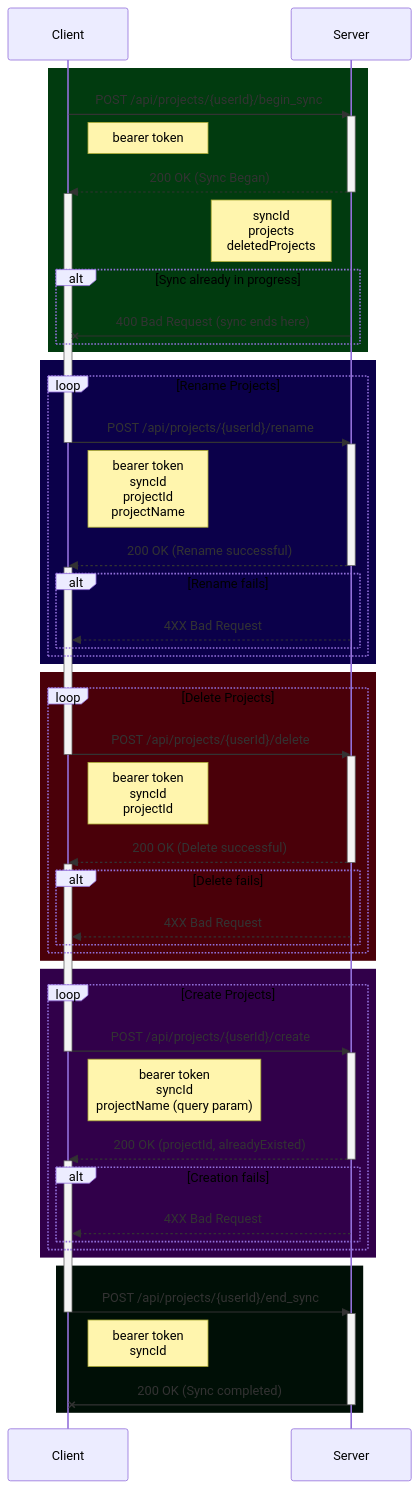
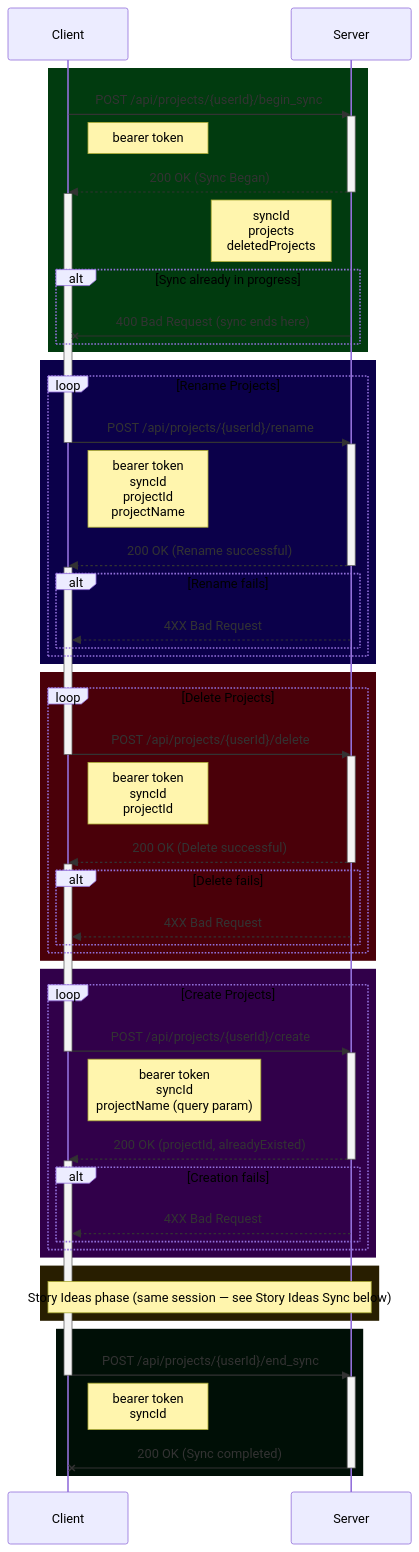
One commit to Darkrock-Studios/hammer-editor changed the first of 10 diagrams in docs/SYNCING-PROTOCOL.md. Above: the diagram before and after it, drawn with Mermaid. The commit also changed other lines of this file and 13 other files, not shown here.

First line of the commit message:
Skip the ideas sync phase via an ideasStateHash on begin_sync

````diff
--- a/docs/SYNCING-PROTOCOL.md
+++ b/docs/SYNCING-PROTOCOL.md
@@ -38,72 +39,76 @@
 ```mermaid
 sequenceDiagram
 	participant Client as Client
 	participant Server as Server
 
 	rect rgb(1, 59, 15)
 		Client ->> Server: POST /api/projects/{userId}/begin_sync
 		activate Server
 		Note right of Client: bearer token
 		Server -->> Client: 200 OK (Sync Began)
 		deactivate Server
 		activate Client
 		Note left of Server: syncId<br/>projects<br/>deletedProjects
 		alt Sync already in progress
 			Server -x Client: 400 Bad Request (sync ends here)
 		end
 	end
 	rect rgb(11, 0, 74)
 		loop Rename Projects
 			Client ->> Server: POST /api/projects/{userId}/rename
 			deactivate Client
 			activate Server
 			Note right of Client: bearer token <br/> syncId <br/> projectId <br/> projectName
 			Server -->> Client: 200 OK (Rename successful)
 			deactivate Server
 			activate Client
 			alt Rename fails
 				Server -->> Client: 4XX Bad Request
 			end
 		end
 	end
 
 	rect rgb(74, 0, 9)
 		loop Delete Projects
 			Client ->> Server: POST /api/projects/{userId}/delete
 			deactivate Client
 			activate Server
 			Note right of Client: bearer token <br/> syncId <br/> projectId
 			Server -->> Client: 200 OK (Delete successful)
 			deactivate Server
 			activate Client
 			alt Delete fails
 				Server -->> Client: 4XX Bad Request
 			end
 		end
 	end
 
 	rect rgb(49, 0, 74)
 		loop Create Projects
 			Client ->> Server: POST /api/projects/{userId}/create
 			deactivate Client
 			activate Server
 			Note right of Client: bearer token <br/> syncId <br/> projectName (query param)
 			Server -->> Client: 200 OK (projectId, alreadyExisted)
 			deactivate Server
 			activate Client
 			alt Creation fails
 				Server -->> Client: 4XX Bad Request
 			end
 		end
 	end
 
+	rect rgb(40, 30, 0)
+		Note over Client,Server: Story Ideas phase (same session — see Story Ideas Sync below)
+	end
+
 	rect rgb(0, 15, 6)
 		Client ->> Server: POST /api/projects/{userId}/end_sync
 		deactivate Client
 		activate Server
 		Note right of Client: bearer token <br/> syncId
 		Server -x Client: 200 OK (Sync completed)
 		deactivate Server
 	end
 
 ```
````
